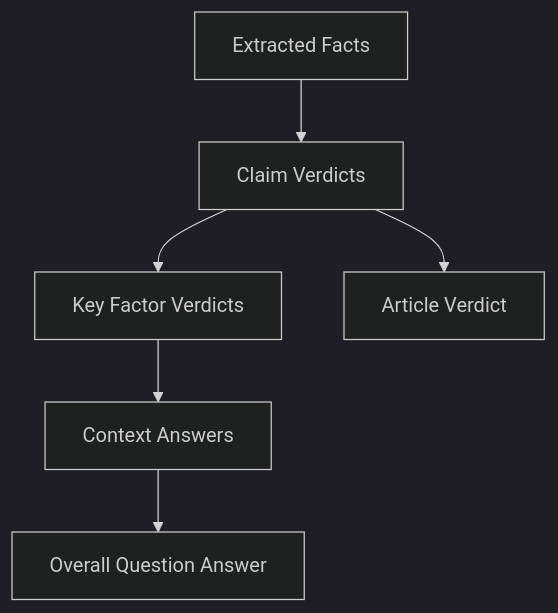
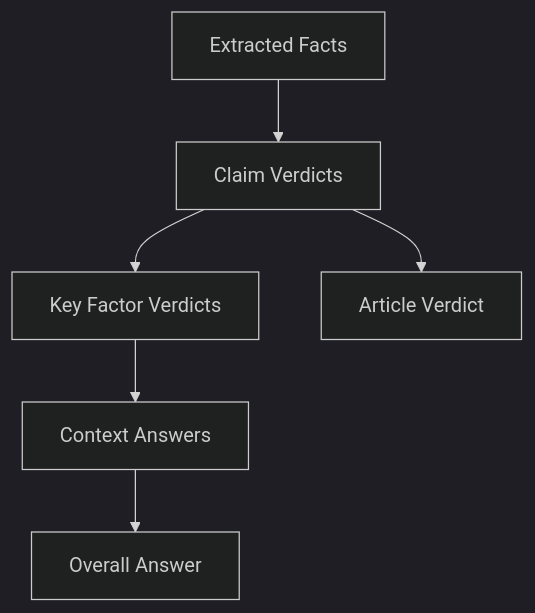
The diagram in Docs/ARCHITECTURE/Calculations.md (robertschaub/FactHarbor), drawn with Mermaid (dark theme) before and after one commit. The commit also changed other lines of this file and 15 other files, not shown here.

````diff
--- a/Docs/ARCHITECTURE/Calculations.md
+++ b/Docs/ARCHITECTURE/Calculations.md
@@ -201,9 +201,9 @@
 ```mermaid
 graph TD
     Facts[Extracted Facts] --> ClaimVerdicts[Claim Verdicts]
     ClaimVerdicts --> KeyFactors[Key Factor Verdicts]
     KeyFactors --> ContextAnswers[Context Answers]
-    ContextAnswers --> OverallAnswer[Overall Question Answer]
+    ContextAnswers --> OverallAnswer[Overall Answer]
     
     ClaimVerdicts --> ArticleVerdict[Article Verdict]
 ```
````
